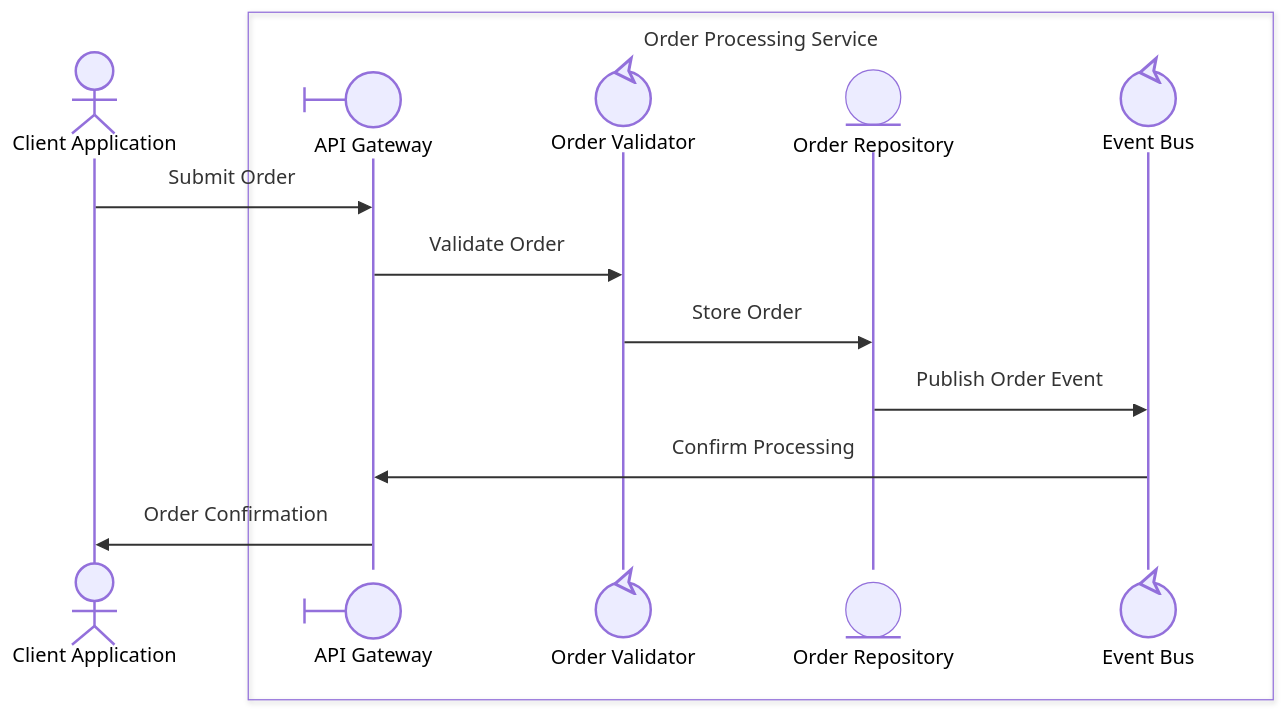
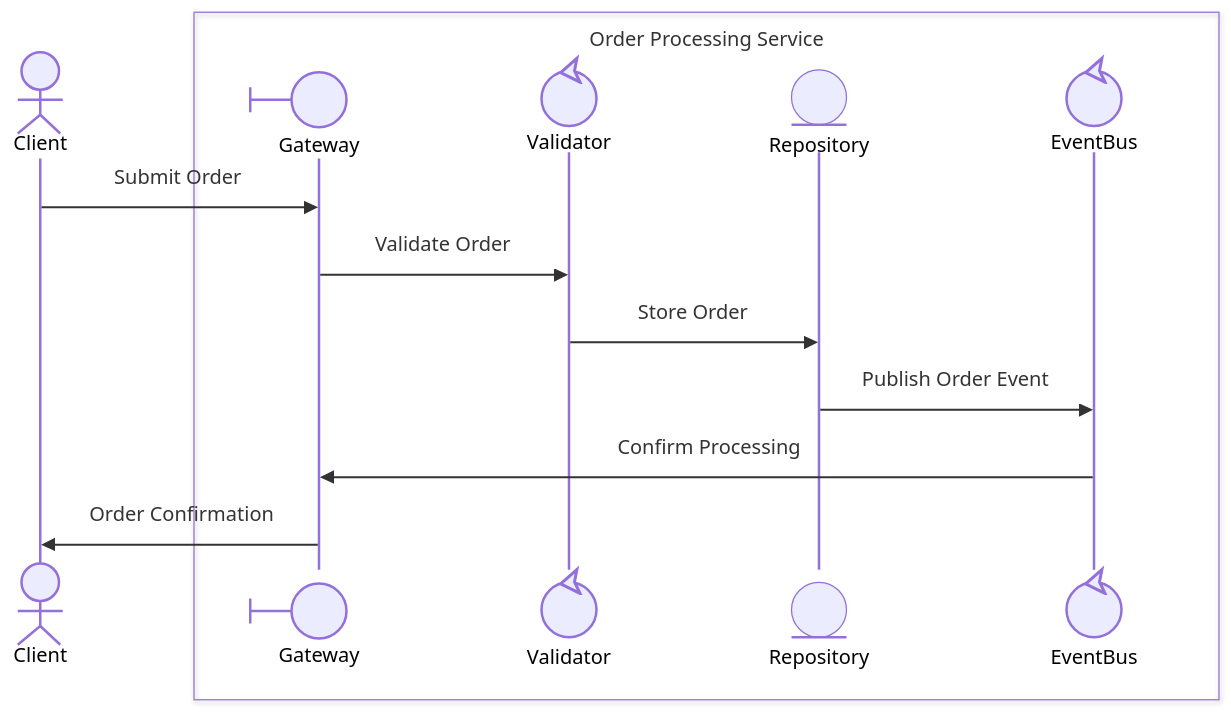
Before and after one commit to zhongadamwang/AI_Slowcooker: the third of 9 diagrams in OrgDocument/projects/03 - Building Skills Iteration 2/artifacts/Analysis/boundary-concepts.md, drawn with Mermaid. The commit also changed other lines of this file and 6 other files, not shown here.

````diff
--- a/OrgDocument/projects/03 - Building Skills Iteration 2/artifacts/Analysis/boundary-concepts.md
+++ b/OrgDocument/projects/03 - Building Skills Iteration 2/artifacts/Analysis/boundary-concepts.md
@@ -97,18 +97,18 @@
 ```mermaid
 sequenceDiagram
-    participant Client@{ "type" : "actor" } as Client Application
+    participant Client@{ "type": "actor", "label": "Client Application" }
     
     box Order Processing Service
-        participant Gateway@{ "type" : "boundary" } as API Gateway
-        participant Validator@{ "type" : "control" } as Order Validator
-        participant Repository@{ "type" : "entity" } as Order Repository
-        participant EventBus@{ "type" : "control" } as Event Bus
+        participant Gateway@{ "type": "boundary", "label": "API Gateway" }
+        participant Validator@{ "type": "control", "label": "Order Validator" }
+        participant Repository@{ "type": "entity", "label": "Order Repository" }
+        participant EventBus@{ "type": "control", "label": "Event Bus" }
     end
     
     Client->>Gateway: Submit Order
     Gateway->>Validator: Validate Order
     Validator->>Repository: Store Order
     Repository->>EventBus: Publish Order Event
     EventBus->>Gateway: Confirm Processing
     Gateway->>Client: Order Confirmation
 ```
````
